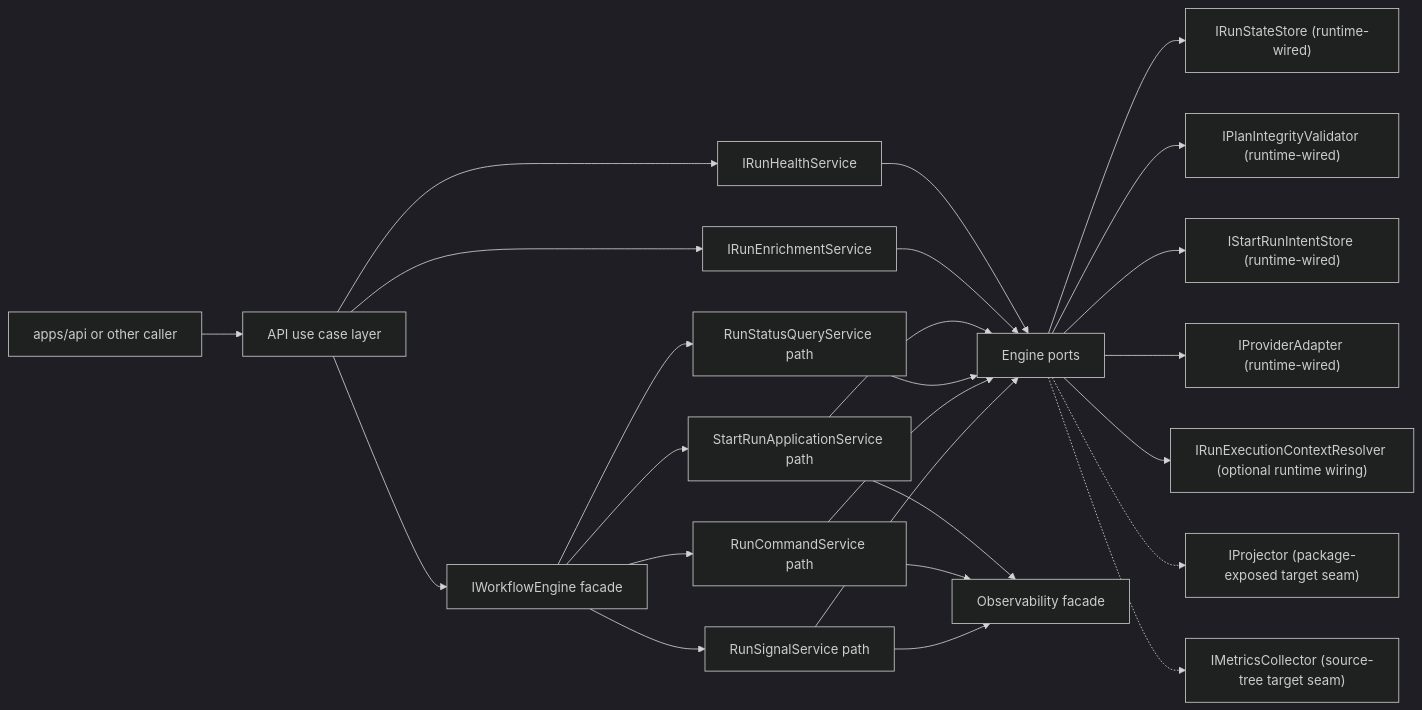
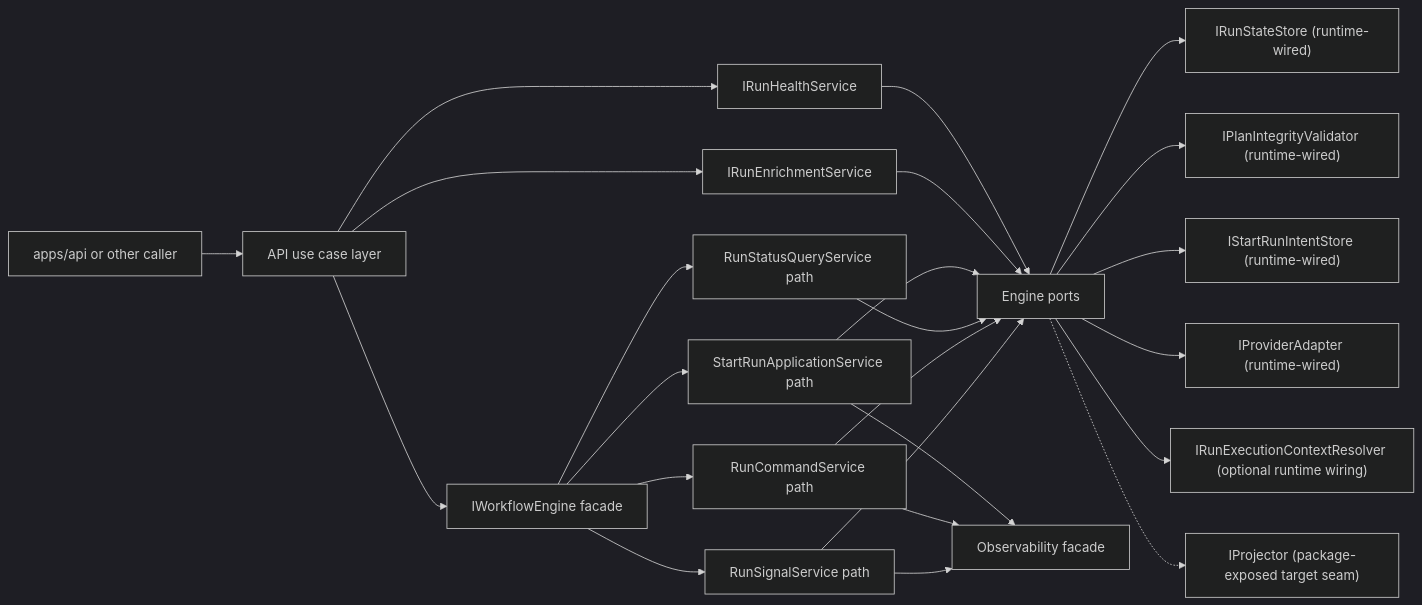
Before and after one commit to dunay2/dvt: the first of 5 diagrams in docs/architecture/components/engine/architecture/workflow-engine-subsystem-context.md, drawn with Mermaid (dark theme). The commit also changed other lines of this file and 879 other files, not shown here.

````diff
--- a/docs/architecture/components/engine/architecture/workflow-engine-subsystem-context.md
+++ b/docs/architecture/components/engine/architecture/workflow-engine-subsystem-context.md
@@ -77,27 +75,26 @@
 ```mermaid
 flowchart LR
   Caller["apps/api or other caller"] --> UseCase["API use case layer"]
   UseCase --> Engine["IWorkflowEngine facade"]
   UseCase --> Health["IRunHealthService"]
   UseCase --> Enrich["IRunEnrichmentService"]
   Engine --> StartRun["StartRunApplicationService path"]
   Engine --> Query["RunStatusQueryService path"]
   Engine --> Command["RunCommandService path"]
   Engine --> Signal["RunSignalService path"]
   Health --> Ports
   Enrich --> Ports
   StartRun --> Ports["Engine ports"]
   Query --> Ports
   Command --> Ports
   Signal --> Ports
   Ports --> State["IRunStateStore (runtime-wired)"]
   Ports --> PlanStore["IPlanIntegrityValidator (runtime-wired)"]
   Ports --> Intent["IStartRunIntentStore (runtime-wired)"]
   Ports --> Provider["IProviderAdapter (runtime-wired)"]
   Ports --> RunCtx["IRunExecutionContextResolver (optional runtime wiring)"]
   Ports -.-> Projector["IProjector (package-exposed target seam)"]
-  Ports -.-> Metrics["IMetricsCollector (source-tree target seam)"]
   StartRun --> Obs["Observability facade"]
   Command --> Obs
   Signal --> Obs
 ```
````
